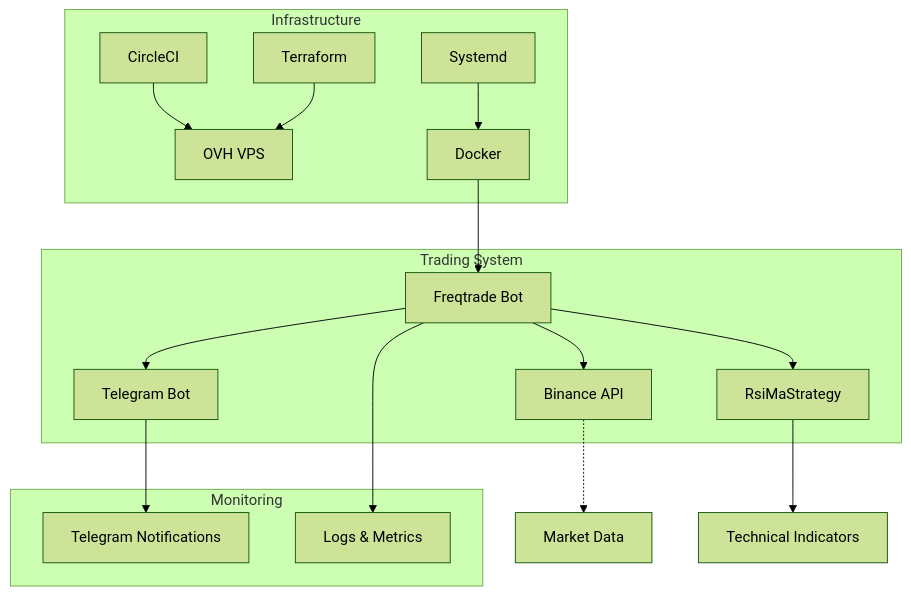
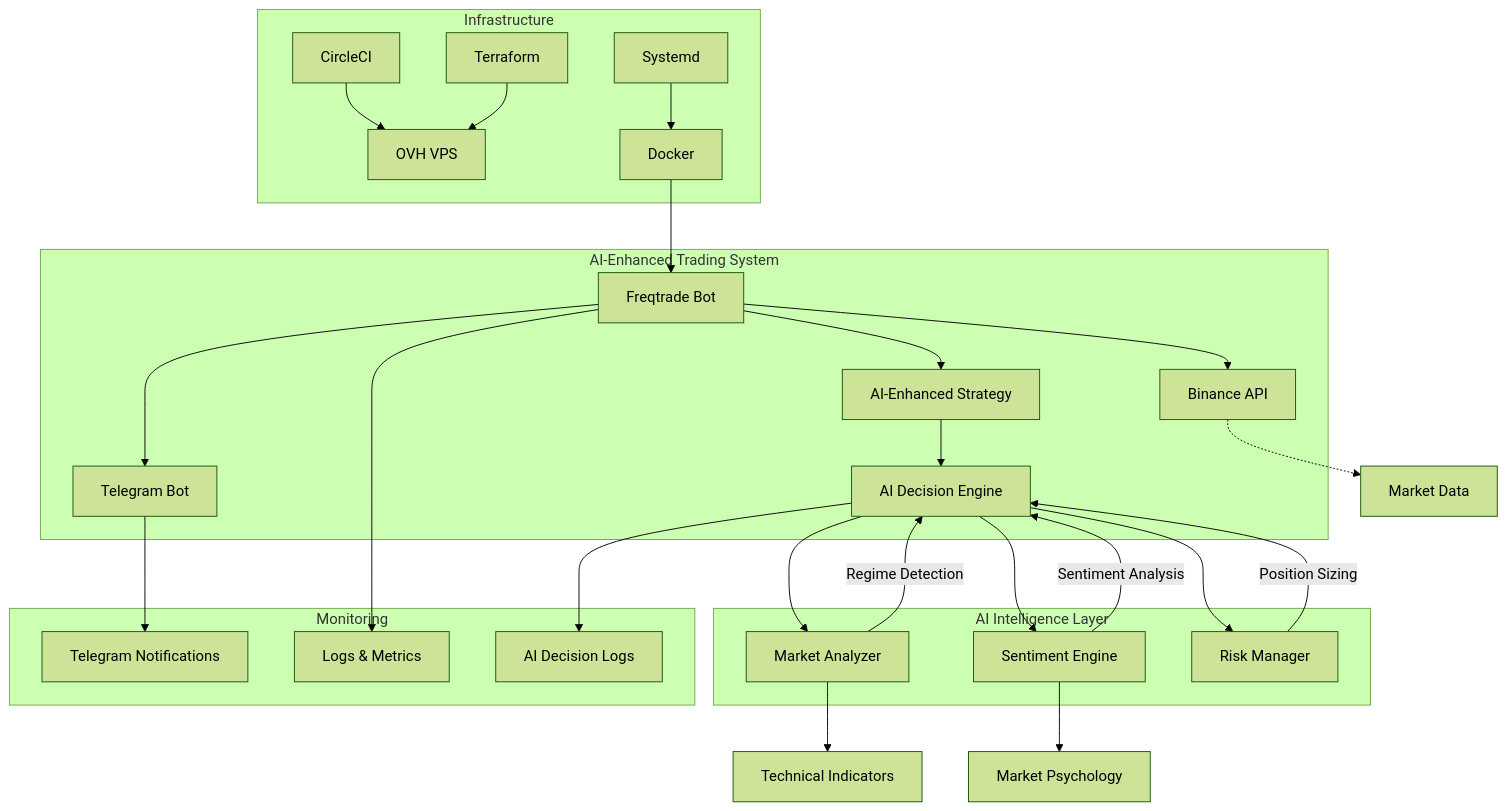
The first of 8 diagrams in readme.md (solid-computing/AI-Trading), drawn with Mermaid (forest theme) before and after one commit. The commit also changed other lines of this file and 12 other files, not shown here.

Commit message:
Implement comprehensive AI-enhanced trading system with advanced reasoning capabilities

````diff
--- a/readme.md
+++ b/readme.md
@@ -7,23 +18,35 @@
 ```mermaid
 graph TB
-    subgraph "Trading System"
+    subgraph "AI-Enhanced Trading System"
         A[Freqtrade Bot] --> B[Binance API]
         A --> C[Telegram Bot]
-        A --> D[RsiMaStrategy]
+        A --> D[AI-Enhanced Strategy]
+        D --> AI[AI Decision Engine]
+    end
+    
+    subgraph "AI Intelligence Layer"
+        AI --> MA[Market Analyzer]
+        AI --> SE[Sentiment Engine]
+        AI --> RM[Risk Manager]
+        MA --> |Regime Detection| AI
+        SE --> |Sentiment Analysis| AI
+        RM --> |Position Sizing| AI
     end
     
     subgraph "Infrastructure"
         E[CircleCI] --> F[OVH VPS]
         G[Docker] --> A
         H[Systemd] --> G
         T[Terraform] --> F
     end
     
     subgraph "Monitoring"
         C --> I[Telegram Notifications]
         A --> J[Logs & Metrics]
+        AI --> K[AI Decision Logs]
     end
     
-    B -.-> K[Market Data]
-    D --> L[Technical Indicators]
+    B -.-> L[Market Data]
+    MA --> M[Technical Indicators]
+    SE --> N[Market Psychology]
 ```
````
